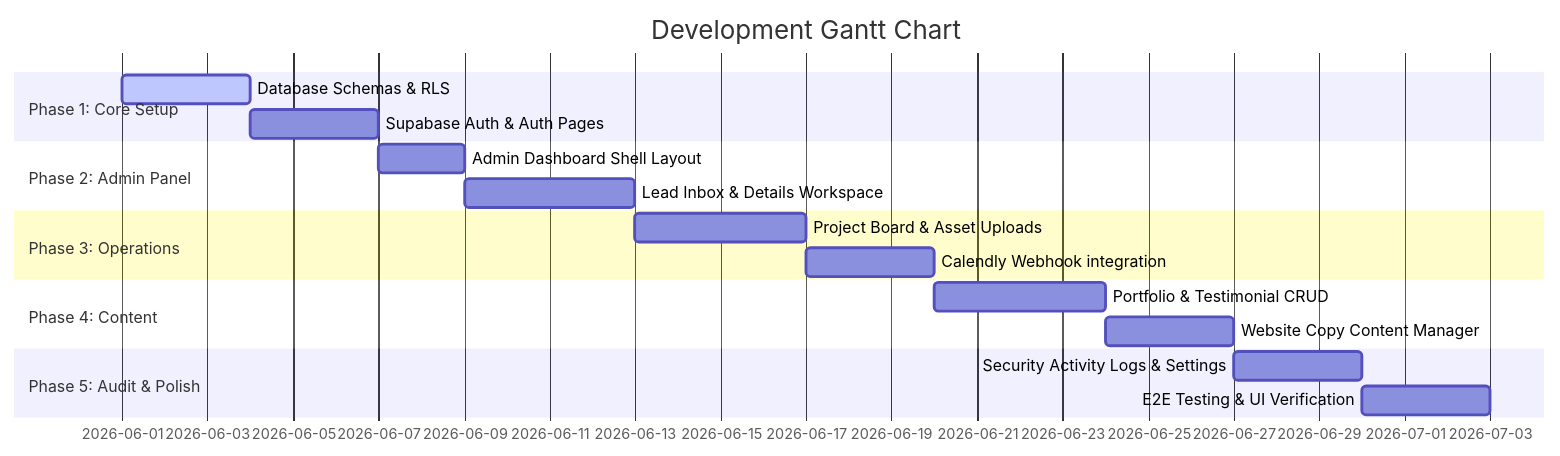
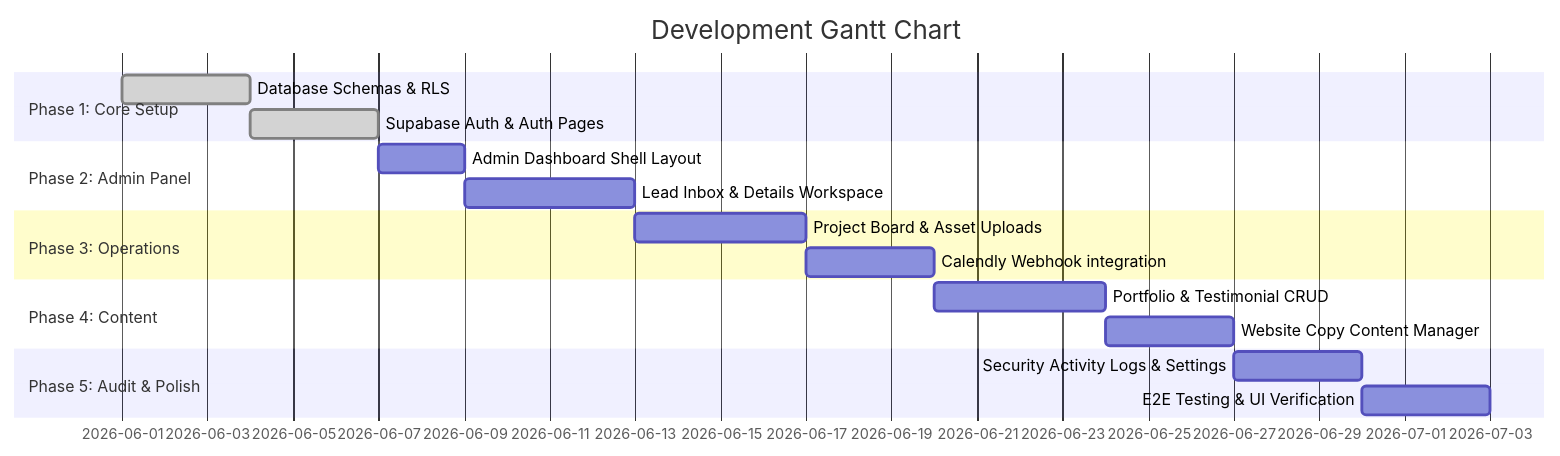
Before and after one commit to echelonsystemsgd-deep/v0-gs-legacy-wealth-app: the fourth of 4 diagrams in Implementation/backend_implementation_plan.md, drawn with Mermaid. The commit also changed other lines of this file and 1 other file, not shown here.

Commit message:
feat: document completed Phase 1 authentication, profile, and admin dashboard implementation tasks

````diff
--- a/Implementation/backend_implementation_plan.md
+++ b/Implementation/backend_implementation_plan.md
@@ -652,20 +652,20 @@
 ```mermaid
 gantt
     title Development Gantt Chart
     dateFormat  YYYY-MM-DD
     section Phase 1: Core Setup
-    Database Schemas & RLS           :active, p1, 2026-06-01, 3d
-    Supabase Auth & Auth Pages       :p2, after p1, 3d
+    Database Schemas & RLS           :done, p1, 2026-06-01, 3d
+    Supabase Auth & Auth Pages       :done, p2, after p1, 3d
     section Phase 2: Admin Panel
     Admin Dashboard Shell Layout     :p3, after p2, 2d
     Lead Inbox & Details Workspace   :p4, after p3, 4d
     section Phase 3: Operations
     Project Board & Asset Uploads    :p5, after p4, 4d
     Calendly Webhook integration     :p6, after p5, 3d
     section Phase 4: Content
     Portfolio & Testimonial CRUD    :p7, after p6, 4d
     Website Copy Content Manager     :p8, after p7, 3d
     section Phase 5: Audit & Polish
     Security Activity Logs & Settings:p9, after p8, 3d
     E2E Testing & UI Verification    :p10, after p9, 3d
 ```
````
